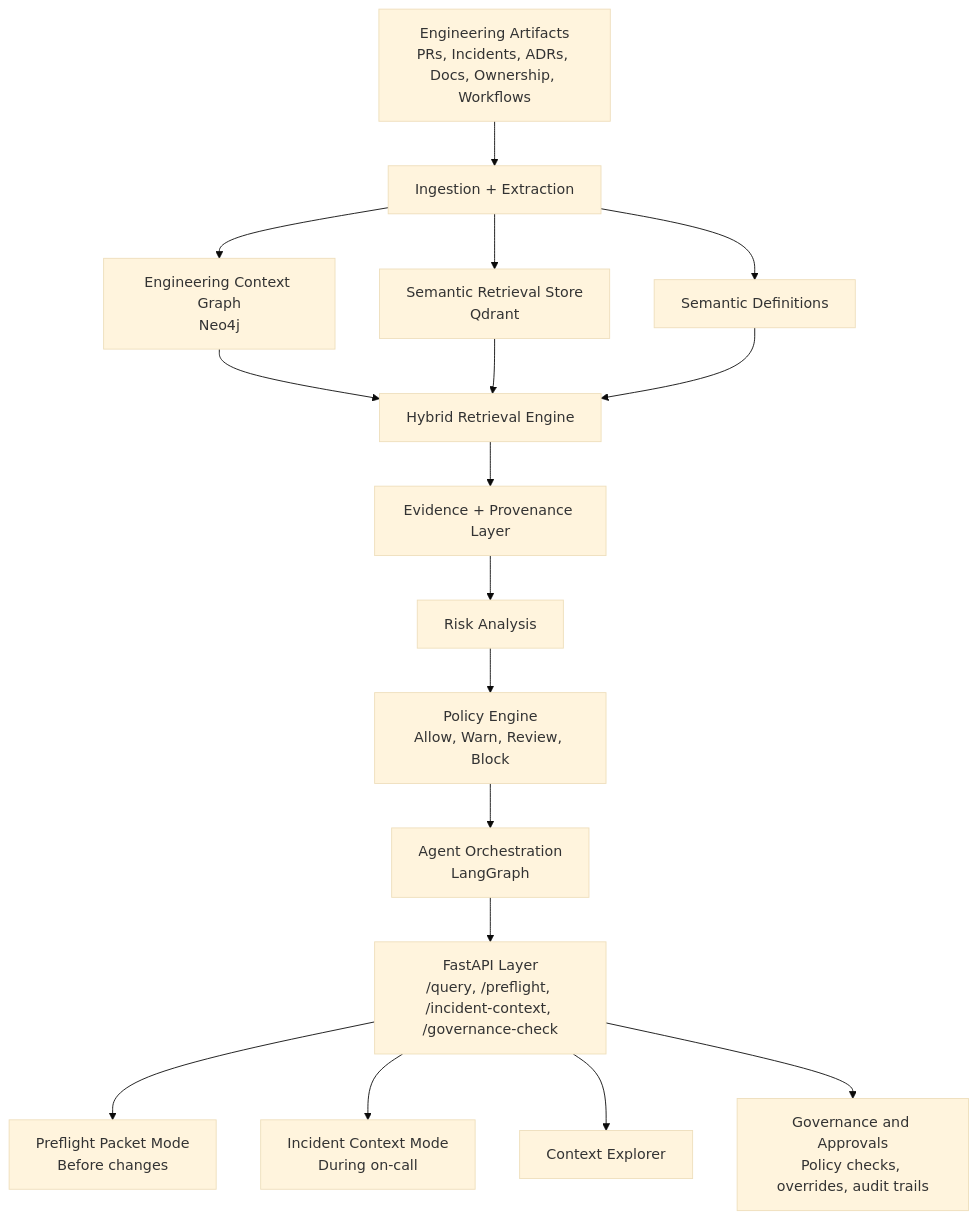
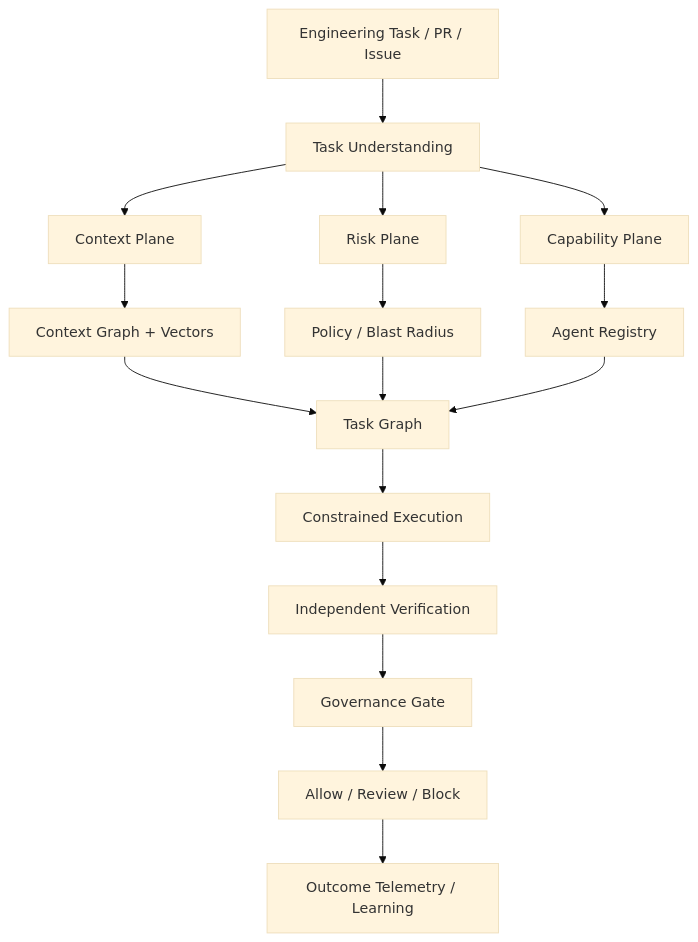
One commit to Surya7612/Engram changed the diagram in README.md. Above: the diagram before and after it, drawn with Mermaid (base theme). The commit also changed other lines of this file and 76 other files, not shown here.

First line of the commit message:
Add Engram context engine, Try demo, and hosted Render deploy.

````diff
--- a/README.md
+++ b/README.md
@@ -97,22 +175,18 @@
 ```mermaid
 flowchart TD
-    A[Engineering Artifacts<br/>PRs, Incidents, ADRs, Docs, Ownership, Workflows] --> B[Ingestion + Extraction]
-    B --> C[Engineering Context Graph<br/>Neo4j]
-    B --> D[Semantic Retrieval Store<br/>Qdrant]
-    B --> E[Semantic Definitions]
-
-    C --> F[Hybrid Retrieval Engine]
-    D --> F
-    E --> F
-
-    F --> G[Evidence + Provenance Layer]
-    G --> H[Risk Analysis]
-    H --> I[Policy Engine<br/>Allow, Warn, Review, Block]
-    I --> J[Agent Orchestration<br/>LangGraph]
-    J --> K[FastAPI Layer<br/>/query, /preflight, /incident-context, /governance-check]
-
-    K --> L[Preflight Packet Mode<br/>Before changes]
-    K --> M[Incident Context Mode<br/>During on-call]
-    K --> N[Context Explorer]
-    K --> O[Governance and Approvals<br/>Policy checks, overrides, audit trails]
+    A[Engineering Task / PR / Issue] --> B[Task Understanding]
+    B --> C[Context Plane]
+    B --> D[Risk Plane]
+    B --> E[Capability Plane]
+    C --> F[Context Graph + Vectors]
+    D --> G[Policy / Blast Radius]
+    E --> H[Agent Registry]
+    F --> I[Task Graph]
+    G --> I
+    H --> I
+    I --> J[Constrained Execution]
+    J --> K[Independent Verification]
+    K --> L[Governance Gate]
+    L --> M[Allow / Review / Block]
+    M --> N[Outcome Telemetry / Learning]
 ```
````
